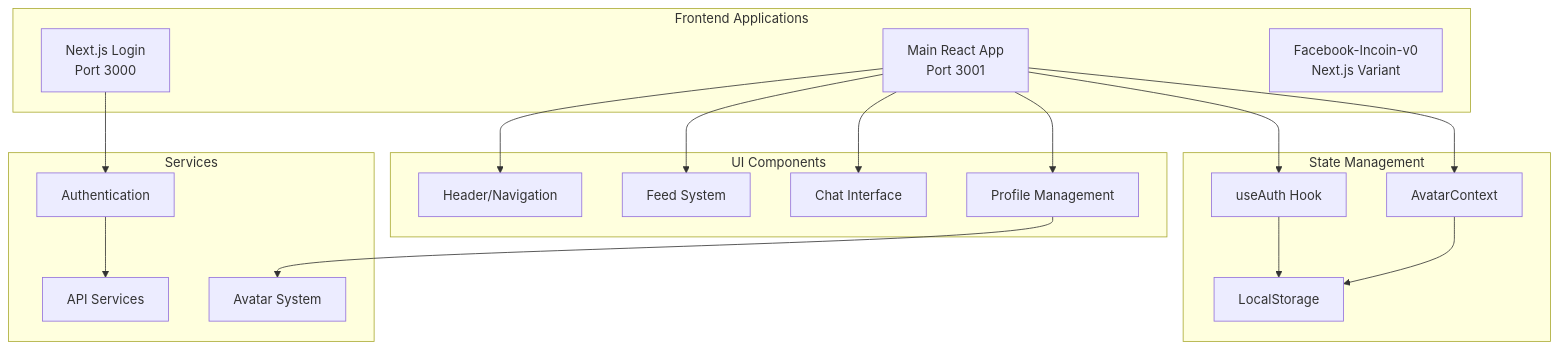
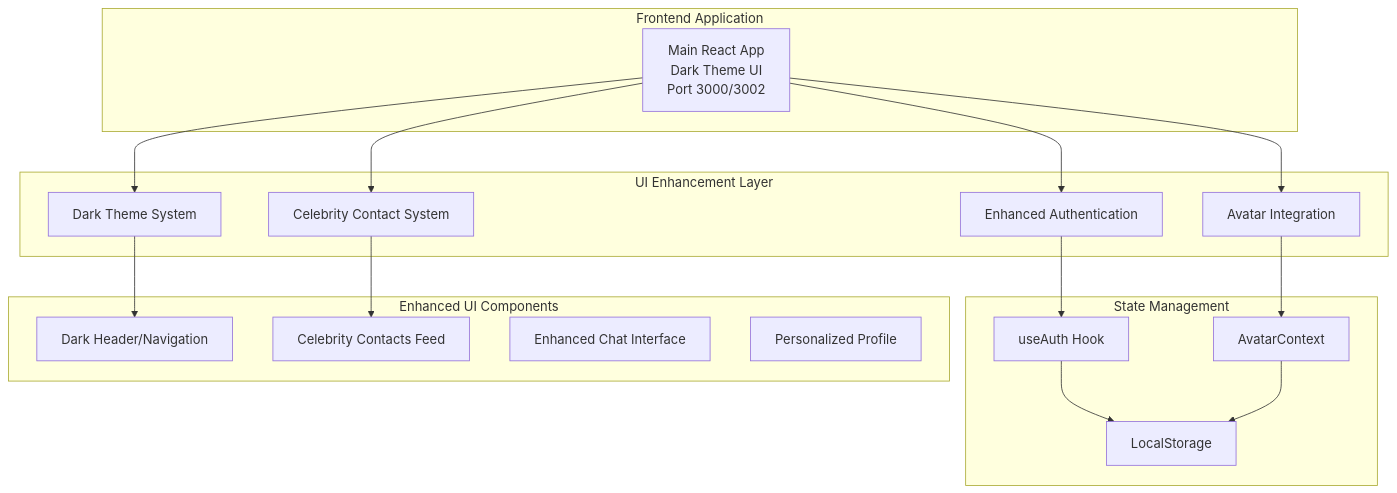
One commit to didier3529/facecrook changed the first of 6 diagrams in FACECROOK_REPOSITORY_ANALYSIS.md. Above: the diagram before and after it, drawn with Mermaid. The commit also changed other lines of this file and 208 other files, not shown here.

````diff
--- a/FACECROOK_REPOSITORY_ANALYSIS.md
+++ b/FACECROOK_REPOSITORY_ANALYSIS.md
@@ -89,39 +369,37 @@
 ```mermaid
 graph TB
-    subgraph "Frontend Applications"
-        A[Main React App<br/>Port 3001]
-        B[Next.js Login<br/>Port 3000]
-        C[Facebook-Incoin-v0<br/>Next.js Variant]
+    subgraph "Frontend Application"
+        A[Main React App<br/>Dark Theme UI<br/>Port 3000/3002]
+    end
+    
+    subgraph "UI Enhancement Layer"
+        D[Dark Theme System]
+        E[Celebrity Contact System]
+        F[Enhanced Authentication]
+        G[Avatar Integration]
     end
     
     subgraph "State Management"
-        D[useAuth Hook]
-        E[AvatarContext]
-        F[LocalStorage]
+        H[useAuth Hook]
+        I[AvatarContext]
+        J[LocalStorage]
     end
     
-    subgraph "UI Components"
-        G[Header/Navigation]
-        H[Feed System]
-        I[Chat Interface]
-        J[Profile Management]
-    end
-    
-    subgraph "Services"
-        K[Authentication]
-        L[API Services]
-        M[Avatar System]
+    subgraph "Enhanced UI Components"
+        K[Dark Header/Navigation]
+        L[Celebrity Contacts Feed]
+        M[Enhanced Chat Interface]
+        N[Personalized Profile]
     end
     
     A --> D
     A --> E
+    A --> F
     A --> G
-    A --> H
-    A --> I
-    A --> J
-    B --> K
-    D --> F
-    E --> F
-    K --> L
-    J --> M
+    D --> K
+    E --> L
+    F --> H
+    G --> I
+    H --> J
+    I --> J
 ```
````
